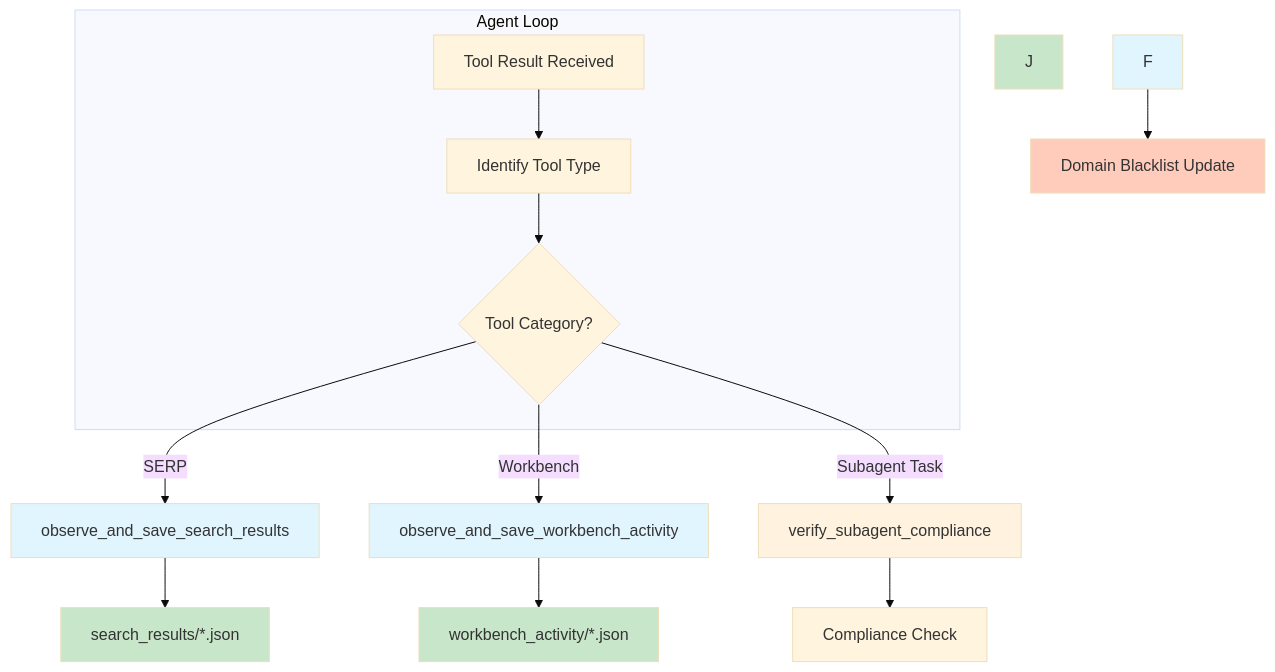
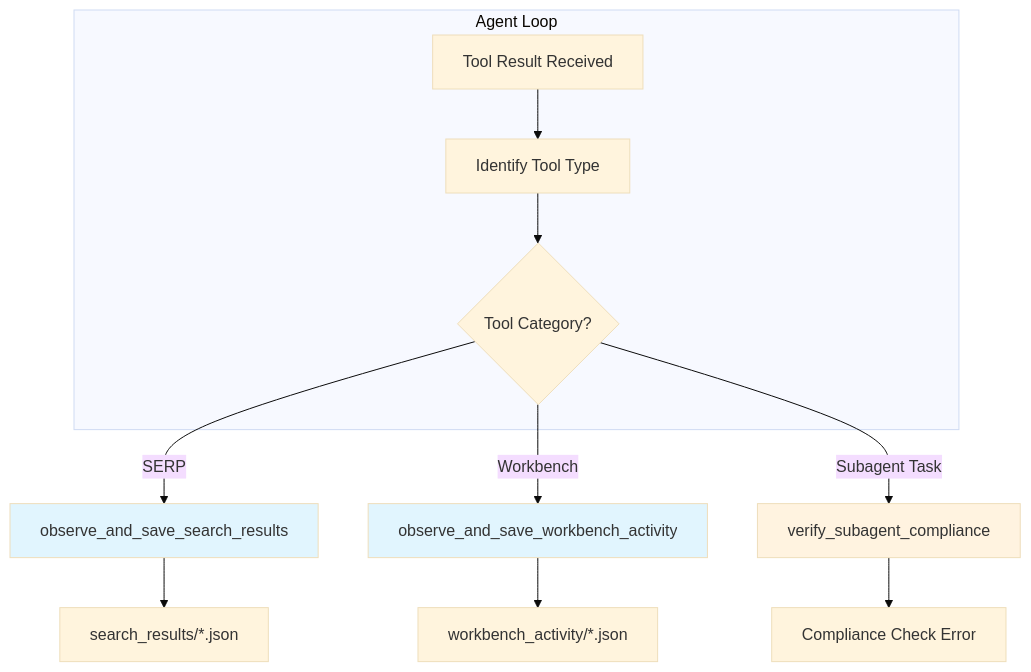
The diagram in Project_Documentation/Architecture/04_observer_pattern.md (Kjdragan/universal_agent), drawn with Mermaid (base theme) before and after one commit. The commit also changed other lines of this file and 7 other files, not shown here.

Commit message:
feat: Add Railway deployment plan, Telegram integration, and JIT delegation guide rail architecture documentation, and update project context.

````diff
--- a/Project_Documentation/Architecture/04_observer_pattern.md
+++ b/Project_Documentation/Architecture/04_observer_pattern.md
@@ -115,25 +44,19 @@
 ```mermaid
 graph TB
     subgraph "Agent Loop"
         A[Tool Result Received] --> B[Identify Tool Type]
         B --> C{Tool Category?}
     end
 
     C -->|SERP| D[observe_and_save_search_results]
     C -->|Workbench| E[observe_and_save_workbench_activity]
-    C -->|Subagent Task| G[verify_subagent_compliance]
+    C -->|Subagent Task| F[verify_subagent_compliance]
 
-    D --> H[search_results/*.json]
-    E --> I[workbench_activity/*.json]
-    G --> L[Compliance Check]
-    F --> M[Domain Blacklist Update]
+    D --> G[search_results/*.json]
+    E --> H[workbench_activity/*.json]
+    F --> I[Compliance Check Error]
 
     style D fill:#e1f5fe
     style E fill:#e1f5fe
-    style F fill:#e1f5fe
-    style G fill:#fff3e0
-    style H fill:#c8e6c9
-    style I fill:#c8e6c9
-    style J fill:#c8e6c9
-    style M fill:#ffccbc
+    style F fill:#fff3e0
 ```
````
